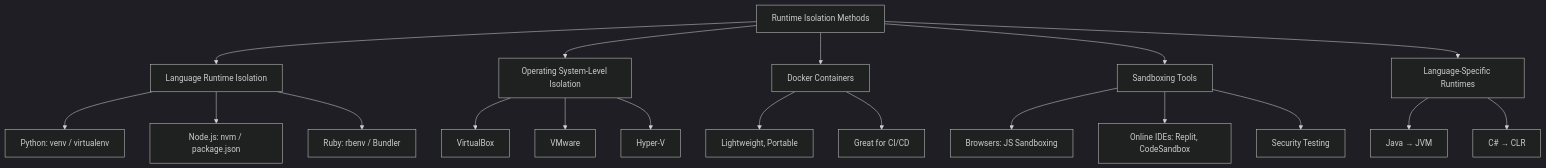
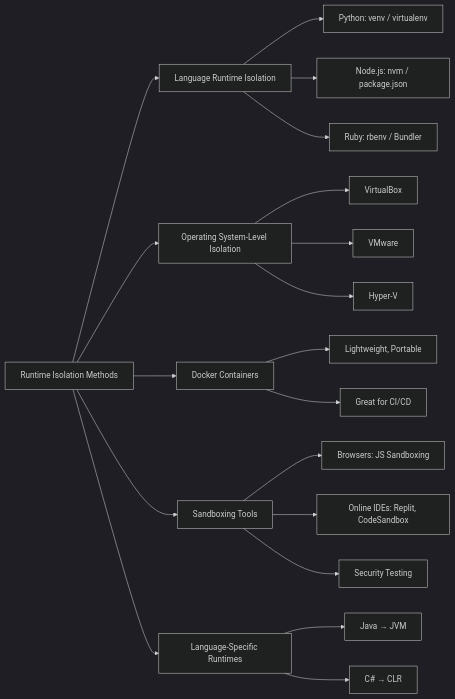
One commit to Raman7072/d_engineering changed the diagram in 1_Foundation/04_DOCKER/2. Runtime Isolation.md. Above: the diagram before and after it, drawn with Mermaid (dark theme).

Commit message:
Update 2. Runtime Isolation.md

````diff
--- a/1_Foundation/04_DOCKER/2. Runtime Isolation.md
+++ b/1_Foundation/04_DOCKER/2. Runtime Isolation.md
@@ -79,26 +79,26 @@
 ```mermaid
-graph TD
+graph LR
     A[Runtime Isolation Methods] --> B[Language Runtime Isolation]
     A --> C[Operating System-Level Isolation]
     A --> D[Docker Containers]
     A --> E[Sandboxing Tools]
     A --> F[Language-Specific Runtimes]
 
     B --> B1[Python: venv / virtualenv]
     B --> B2[Node.js: nvm / package.json]
     B --> B3[Ruby: rbenv / Bundler]
 
     C --> C1[VirtualBox]
     C --> C2[VMware]
     C --> C3[Hyper-V]
 
     D --> D1[Lightweight, Portable]
     D --> D2[Great for CI/CD]
 
     E --> E1[Browsers: JS Sandboxing]
     E --> E2[Online IDEs: Replit, CodeSandbox]
     E --> E3[Security Testing]
 
     F --> F1[Java → JVM]
     F --> F2[C# → CLR]
 ```
````
